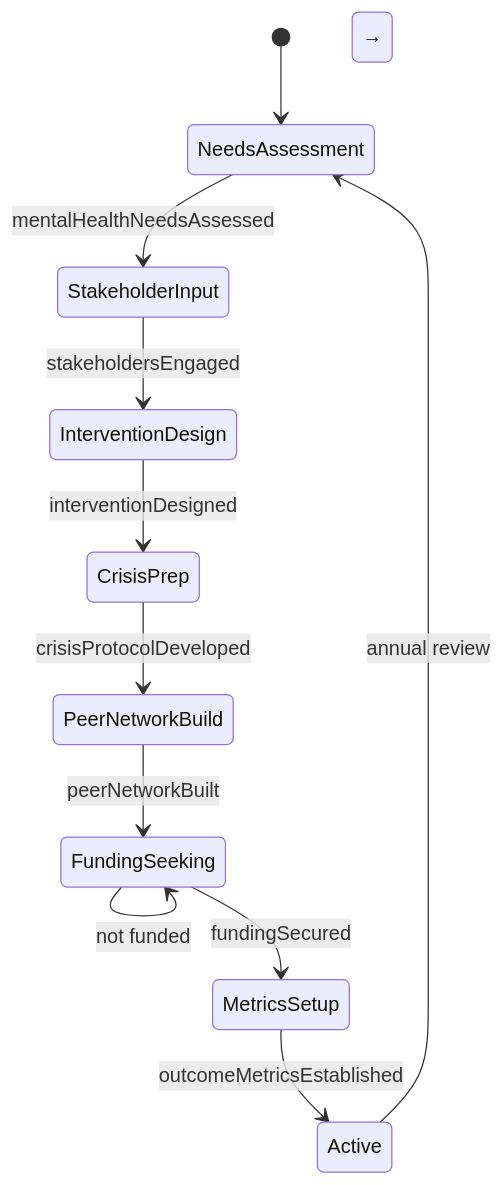
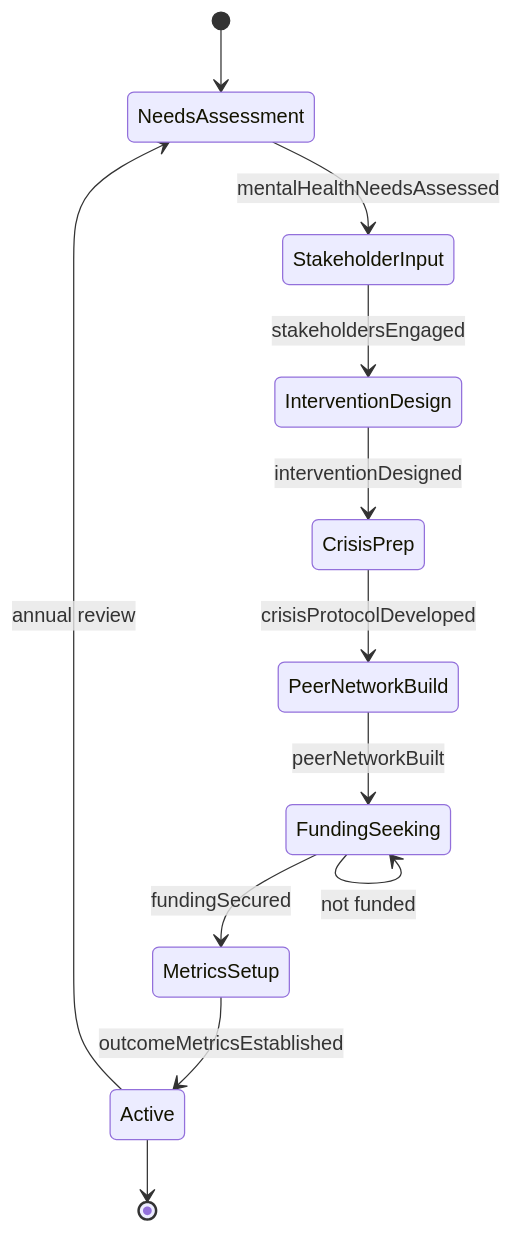
One commit to dot-org-ai/tasks.org.ai changed the second of 4 diagrams in ThinkingCreatively/DevelopPublicOrCommunityHealthPrograms/PlanProgramsAddressCommunityMental.mdx. Above: the diagram before and after it, drawn with Mermaid. The commit also changed 515 other files, not shown here.

````diff
--- a/ThinkingCreatively/DevelopPublicOrCommunityHealthPrograms/PlanProgramsAddressCommunityMental.mdx
+++ b/ThinkingCreatively/DevelopPublicOrCommunityHealthPrograms/PlanProgramsAddressCommunityMental.mdx
@@ -100,14 +100,14 @@
 ```mermaid
 stateDiagram-v2
     [*] --> NeedsAssessment
     NeedsAssessment --> StakeholderInput : mentalHealthNeedsAssessed
     StakeholderInput --> InterventionDesign : stakeholdersEngaged
     InterventionDesign --> CrisisPrep : interventionDesigned
     CrisisPrep --> PeerNetworkBuild : crisisProtocolDeveloped
     PeerNetworkBuild --> FundingSeeking : peerNetworkBuilt
     FundingSeeking --> FundingSeeking : not funded
     FundingSeeking --> MetricsSetup : fundingSecured
     MetricsSetup --> Active : outcomeMetricsEstablished
     Active --> NeedsAssessment : annual review
-    Active → [*]
+    Active --> [*]
 ```
````
